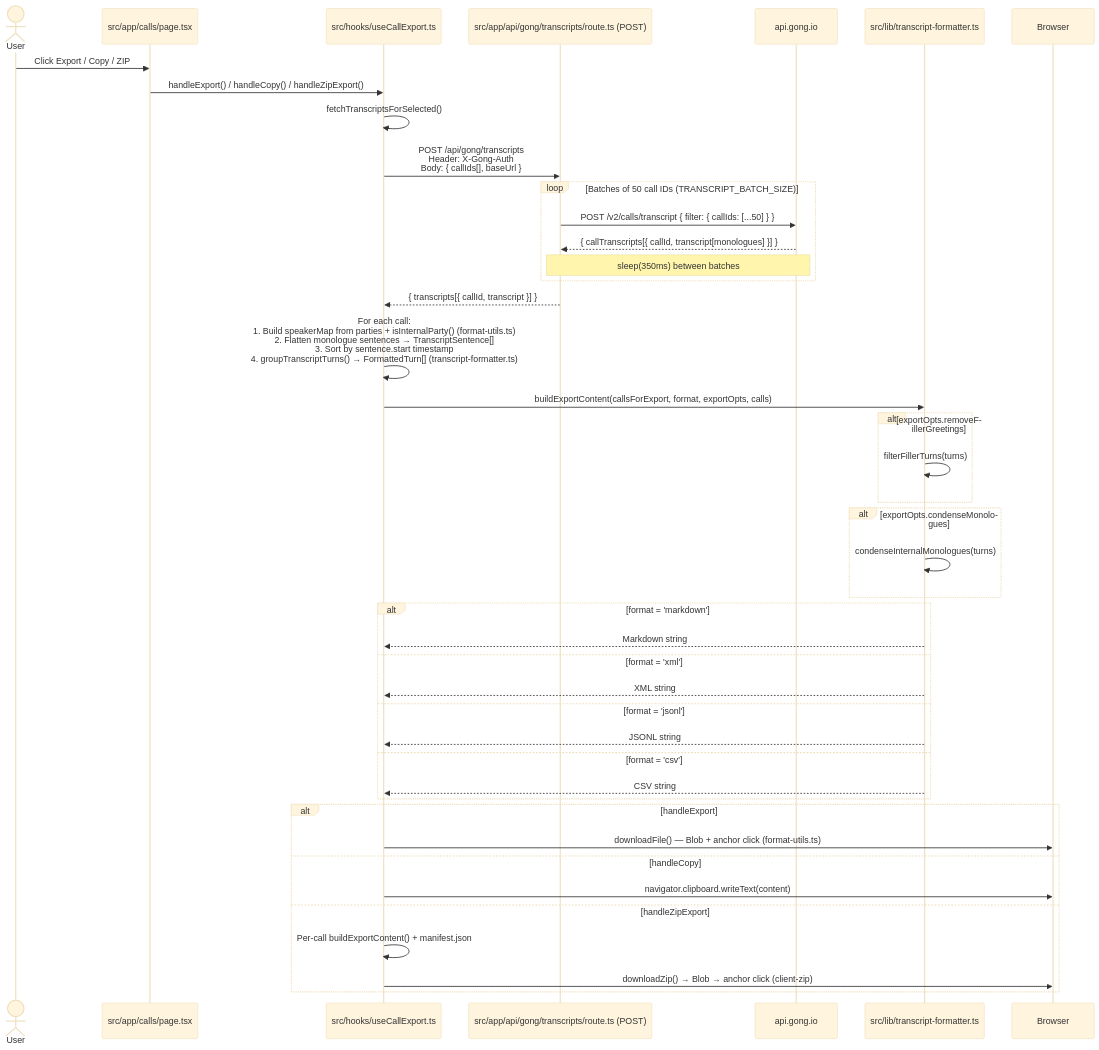
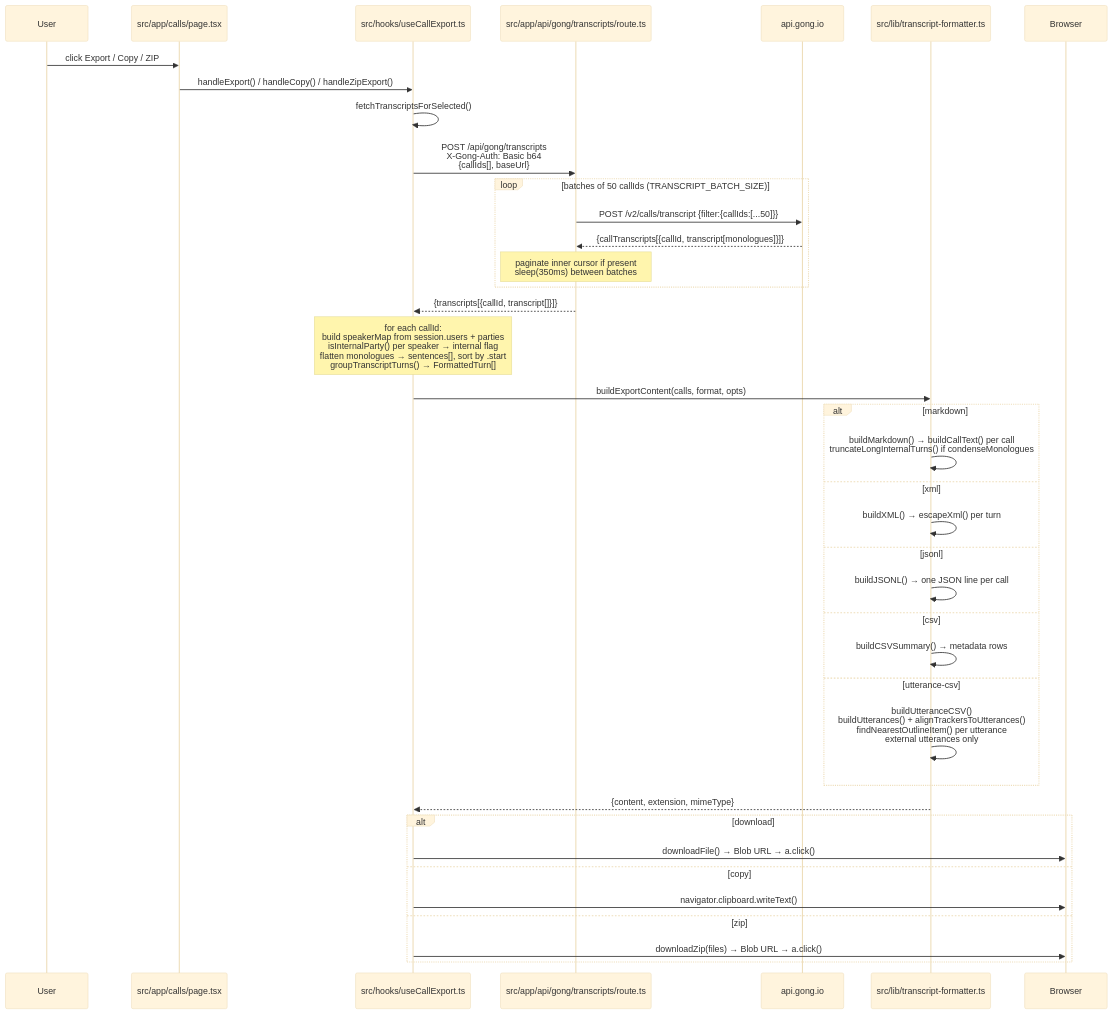
Before and after one commit to forrestmill-cmd/gongwizard: the fourth of 6 diagrams in docs/generated/data-flows.md, drawn with Mermaid (base theme). The commit also changed other lines of this file and 8 other files, not shown here.

````diff
--- a/docs/generated/data-flows.md
+++ b/docs/generated/data-flows.md
@@ -165,54 +165,50 @@
 ```mermaid
 sequenceDiagram
-    actor User
+    participant User
     participant CallsPage as src/app/calls/page.tsx
-    participant ExportHook as src/hooks/useCallExport.ts
-    participant TranscriptRoute as src/app/api/gong/transcripts/route.ts (POST)
+    participant useCallExport as src/hooks/useCallExport.ts
+    participant TranscriptAPI as src/app/api/gong/transcripts/route.ts
     participant GongAPI as api.gong.io
     participant Formatter as src/lib/transcript-formatter.ts
     participant Browser
 
-    User->>CallsPage: Click Export / Copy / ZIP
-    CallsPage->>ExportHook: handleExport() / handleCopy() / handleZipExport()
-    ExportHook->>ExportHook: fetchTranscriptsForSelected()
+    User->>CallsPage: click Export / Copy / ZIP
+    CallsPage->>useCallExport: handleExport() / handleCopy() / handleZipExport()
+    useCallExport->>useCallExport: fetchTranscriptsForSelected()
 
-    ExportHook->>TranscriptRoute: POST /api/gong/transcripts<br/>Header: X-Gong-Auth<br/>Body: { callIds[], baseUrl }
+    useCallExport->>TranscriptAPI: POST /api/gong/transcripts<br/>X-Gong-Auth: Basic b64<br/>{callIds[], baseUrl}
 
-    loop Batches of 50 call IDs (TRANSCRIPT_BATCH_SIZE)
-        TranscriptRoute->>GongAPI: POST /v2/calls/transcript { filter: { callIds: [...50] } }
-        GongAPI-->>TranscriptRoute: { callTranscripts[{ callId, transcript[monologues] }] }
-        Note over TranscriptRoute,GongAPI: sleep(350ms) between batches
+    loop batches of 50 callIds (TRANSCRIPT_BATCH_SIZE)
+        TranscriptAPI->>GongAPI: POST /v2/calls/transcript {filter:{callIds:[...50]}}
+        GongAPI-->>TranscriptAPI: {callTranscripts[{callId, transcript[monologues]}]}
+        Note over TranscriptAPI: paginate inner cursor if present<br/>sleep(350ms) between batches
     end
 
-    TranscriptRoute-->>ExportHook: { transcripts[{ callId, transcript }] }
+    TranscriptAPI-->>useCallExport: {transcripts[{callId, transcript[]}]}
 
-    ExportHook->>ExportHook: For each call:<br/>1. Build speakerMap from parties + isInternalParty() (format-utils.ts)<br/>2. Flatten monologue sentences → TranscriptSentence[]<br/>3. Sort by sentence.start timestamp<br/>4. groupTranscriptTurns() → FormattedTurn[] (transcript-formatter.ts)
+    Note over useCallExport: for each callId:<br/>  build speakerMap from session.users + parties<br/>  isInternalParty() per speaker → internal flag<br/>  flatten monologues → sentences[], sort by .start<br/>  groupTranscriptTurns() → FormattedTurn[]
 
-    ExportHook->>Formatter: buildExportContent(callsForExport, format, exportOpts, calls)
+    useCallExport->>Formatter: buildExportContent(calls, format, opts)
 
-    alt exportOpts.removeFillerGreetings
-        Formatter->>Formatter: filterFillerTurns(turns)
-    end
-    alt exportOpts.condenseMonologues
-        Formatter->>Formatter: condenseInternalMonologues(turns)
+    alt markdown
+        Formatter->>Formatter: buildMarkdown() → buildCallText() per call<br/>truncateLongInternalTurns() if condenseMonologues
+    else xml
+        Formatter->>Formatter: buildXML() → escapeXml() per turn
+    else jsonl
+        Formatter->>Formatter: buildJSONL() → one JSON line per call
+    else csv
+        Formatter->>Formatter: buildCSVSummary() → metadata rows
+    else utterance-csv
+        Formatter->>Formatter: buildUtteranceCSV()<br/>buildUtterances() + alignTrackersToUtterances()<br/>findNearestOutlineItem() per utterance<br/>external utterances only
     end
 
-    alt format = 'markdown'
-        Formatter-->>ExportHook: Markdown string
-    else format = 'xml'
-        Formatter-->>ExportHook: XML string
-    else format = 'jsonl'
-        Formatter-->>ExportHook: JSONL string
-    else format = 'csv'
-        Formatter-->>ExportHook: CSV string
-    end
+    Formatter-->>useCallExport: {content, extension, mimeType}
 
-    alt handleExport
-        ExportHook->>Browser: downloadFile() — Blob + anchor click (format-utils.ts)
-    else handleCopy
-        ExportHook->>Browser: navigator.clipboard.writeText(content)
-    else handleZipExport
-        ExportHook->>ExportHook: Per-call buildExportContent() + manifest.json
-        ExportHook->>Browser: downloadZip() → Blob → anchor click (client-zip)
+    alt download
+        useCallExport->>Browser: downloadFile() → Blob URL → a.click()
+    else copy
+        useCallExport->>Browser: navigator.clipboard.writeText()
+    else zip
+        useCallExport->>Browser: downloadZip(files) → Blob URL → a.click()
     end
 ```
````
